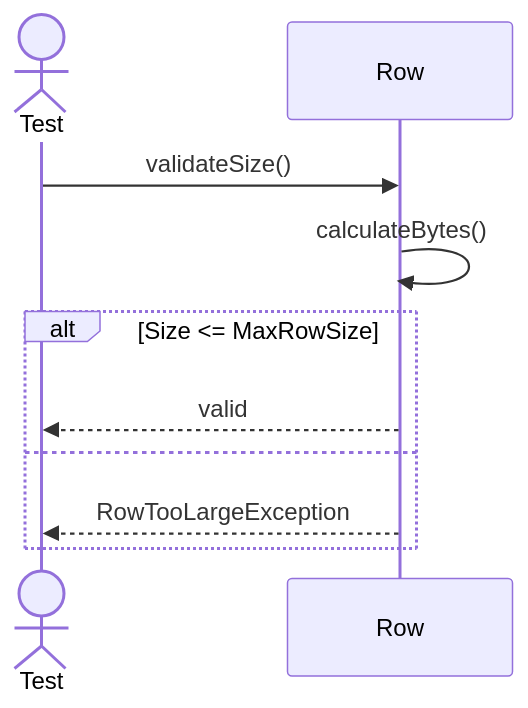
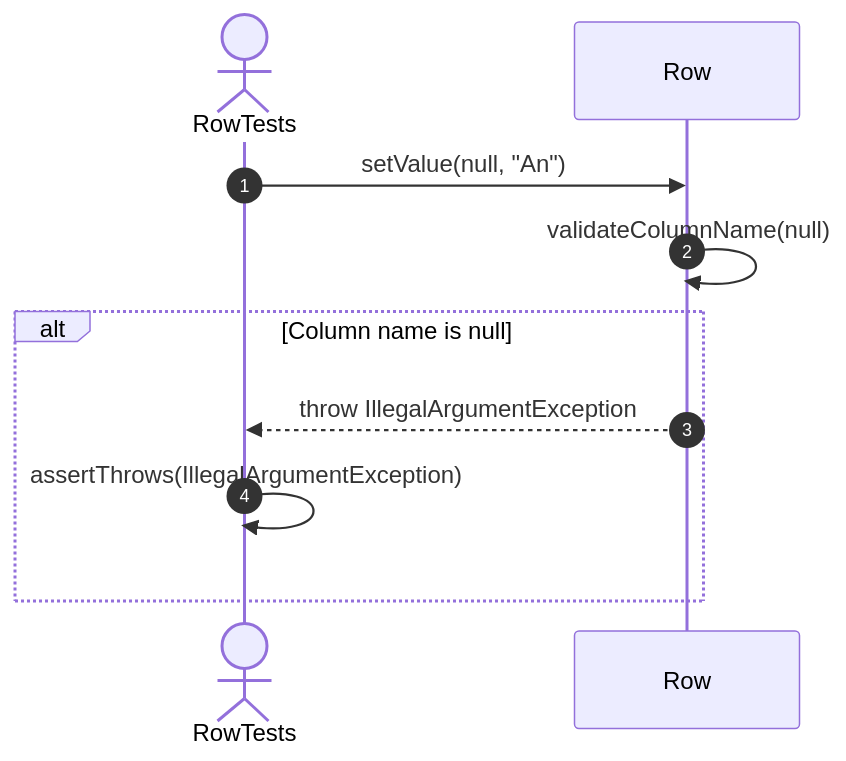
One commit to FhuAnn/-bbv-AN-s-DBMS changed the tenth of 33 diagrams in src/tests/unit/metadata/sequences/rows-testing.se.md. Above: the diagram before and after it, drawn with Mermaid. The commit also changed other lines of this file and 60 other files, not shown here.

Commit message:
refactor data table, row, column, constraint, index test file

````diff
--- a/src/tests/unit/metadata/sequences/rows-testing.se.md
+++ b/src/tests/unit/metadata/sequences/rows-testing.se.md
@@ -177,15 +266,16 @@
 ```mermaid
 sequenceDiagram
-actor Test
-participant Row
+    autonumber
 
-Test->>Row: validateSize()
+    actor Test as RowTests
+    participant Row as Row
 
-Row->>Row: calculateBytes()
+    Test->>Row: setValue(null, "An")
 
-alt Size <= MaxRowSize
-    Row-->>Test: valid
-else
-    Row-->>Test: RowTooLargeException
-end
+    Row->>Row: validateColumnName(null)
+
+    alt Column name is null
+        Row-->>Test: throw IllegalArgumentException
+        Test->>Test: assertThrows(IllegalArgumentException)
+    end
 ```
````
